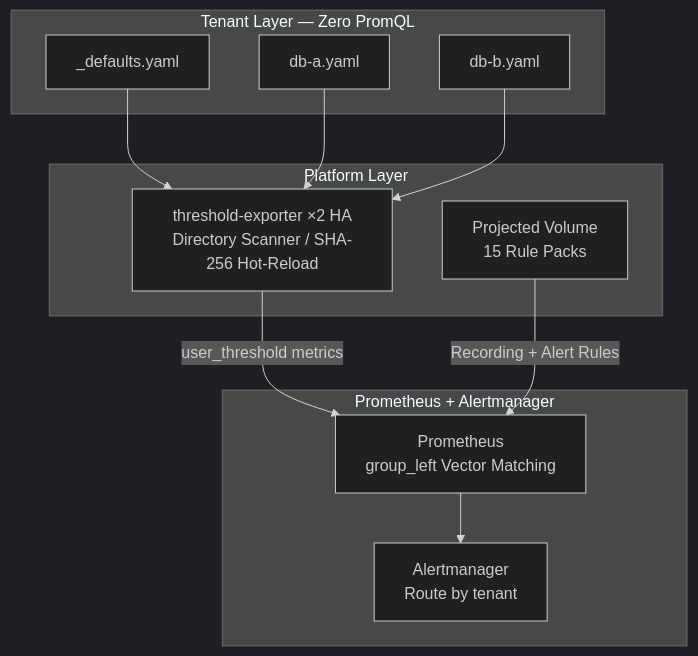
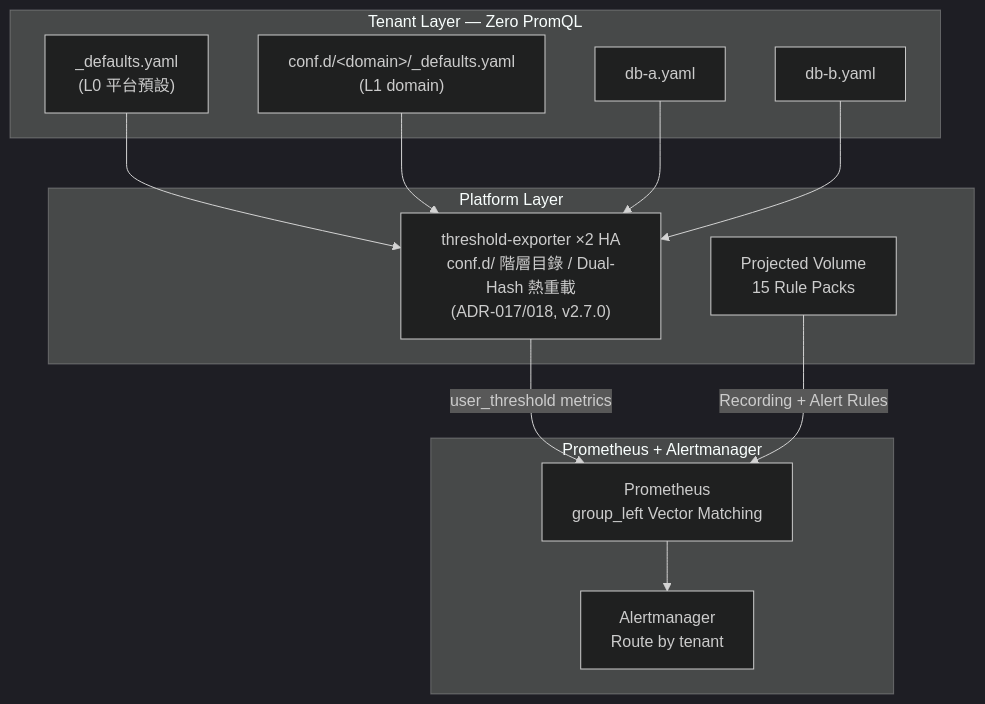
Before and after one commit to vencil/Dynamic-Alerting-Integrations: the diagram in README.md, drawn with Mermaid (dark theme). The commit also changed other lines of this file and 446 other files, not shown here.

````diff
--- a/README.md
+++ b/README.md
@@ -35,25 +35,27 @@
 ```mermaid
 graph TD
     subgraph TL["Tenant Layer — Zero PromQL"]
-        D["_defaults.yaml"]
+        D["_defaults.yaml<br/>(L0 平台預設)"]
+        DOM["conf.d/&lt;domain&gt;/_defaults.yaml<br/>(L1 domain)"]
         T1["db-a.yaml"]
         T2["db-b.yaml"]
     end
 
     subgraph PL["Platform Layer"]
-        TE["threshold-exporter ×2 HA<br/>Directory Scanner / SHA-256 Hot-Reload"]
+        TE["threshold-exporter ×2 HA<br/>conf.d/ 階層目錄 / Dual-Hash 熱重載<br/>(ADR-017/018, v2.7.0)"]
         RP["Projected Volume<br/>15 Rule Packs"]
     end
 
     subgraph PE["Prometheus + Alertmanager"]
         PROM["Prometheus<br/>group_left Vector Matching"]
         AM["Alertmanager<br/>Route by tenant"]
     end
 
     D --> TE
+    DOM --> TE
     T1 --> TE
     T2 --> TE
     TE -->|user_threshold metrics| PROM
     RP -->|Recording + Alert Rules| PROM
     PROM --> AM
 ```
````
